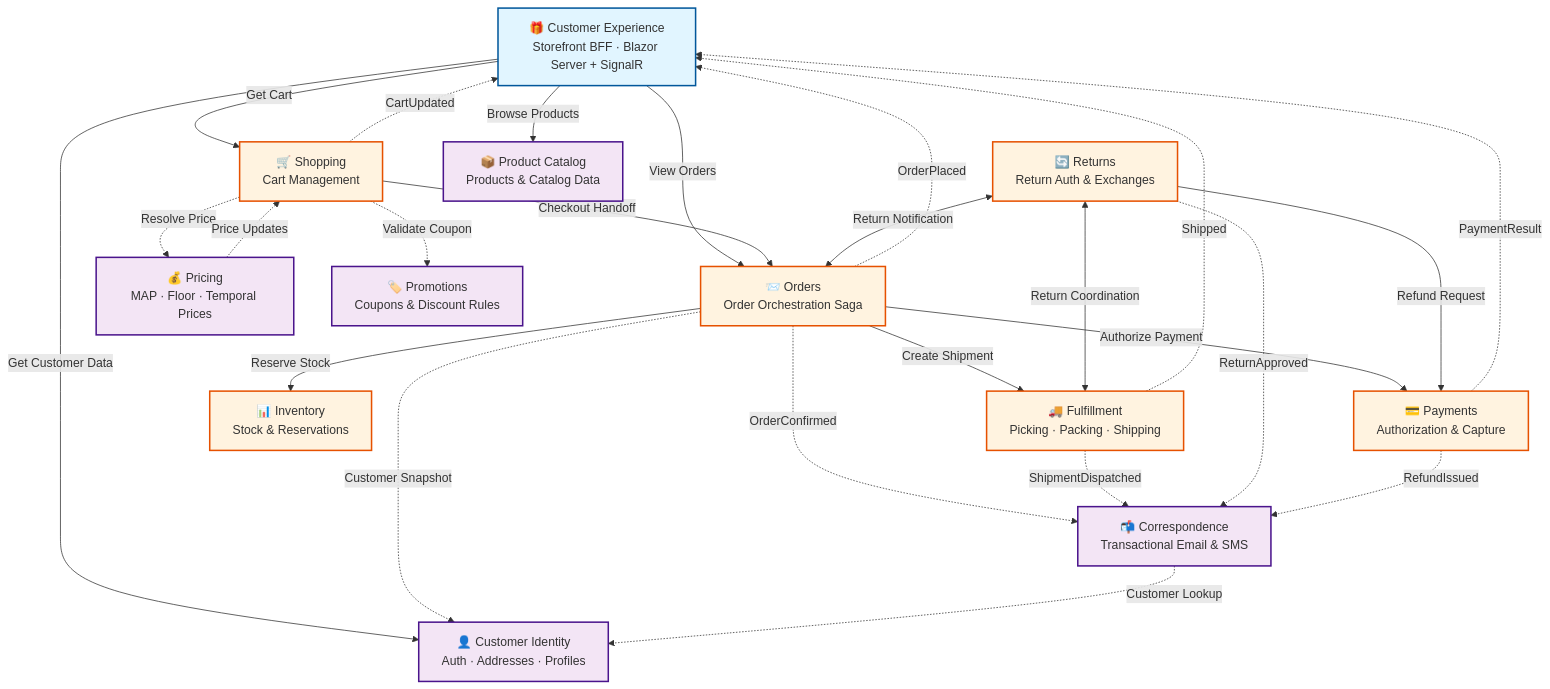
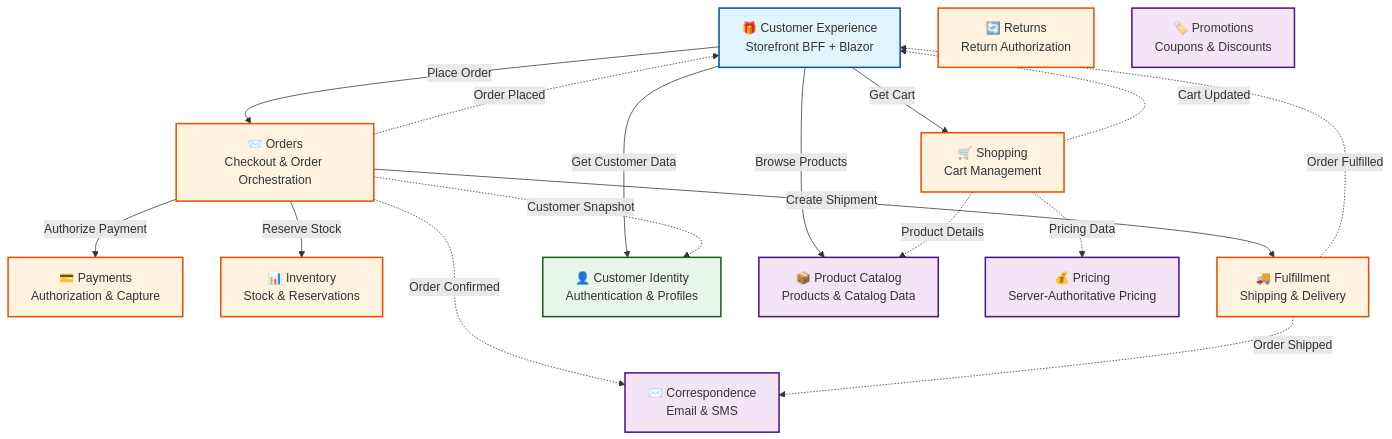
Before and after one commit to erikshafer/CritterSupply: the first of 2 diagrams in README.md, drawn with Mermaid. The commit also changed other lines of this file, not shown here.

````diff
--- a/README.md
+++ b/README.md
@@ -117,47 +120,53 @@
 ```mermaid
 graph TB
-    CE[🎁 Customer Experience<br/>Storefront BFF · Blazor Server + SignalR]
-    Shopping[🛒 Shopping<br/>Cart Management]
-    Orders[📨 Orders<br/>Order Orchestration Saga]
-    Payments[💳 Payments<br/>Authorization & Capture]
-    Inventory[📊 Inventory<br/>Stock & Reservations]
-    Fulfillment[🚚 Fulfillment<br/>Picking · Packing · Shipping]
-    Returns[🔄 Returns<br/>Return Auth & Exchanges]
-    CustomerID[👤 Customer Identity<br/>Auth · Addresses · Profiles]
-    Catalog[📦 Product Catalog<br/>Products & Catalog Data]
-    Pricing[💰 Pricing<br/>MAP · Floor · Temporal Prices]
-    Promotions[🏷️ Promotions<br/>Coupons & Discount Rules]
-    Correspondence[📬 Correspondence<br/>Transactional Email & SMS]
+    %% Customer-Facing Layer
+    CE["🎁 Customer Experience<br/>Storefront BFF + Blazor"]
 
+    %% Core Business Contexts
+    Shopping["🛒 Shopping<br/>Cart Management"]
+    Orders["📨 Orders<br/>Checkout & Order Orchestration"]
+    Payments["💳 Payments<br/>Authorization & Capture"]
+    Inventory["📊 Inventory<br/>Stock & Reservations"]
+    Fulfillment["🚚 Fulfillment<br/>Shipping & Delivery"]
+    Returns["🔄 Returns<br/>Return Authorization"]
+
+    %% Supporting Contexts
+    CustomerID["👤 Customer Identity<br/>Authentication & Profiles"]
+    Catalog["📦 Product Catalog<br/>Products & Catalog Data"]
+    Pricing["💰 Pricing<br/>Server-Authoritative Pricing"]
+    Promotions["🏷️ Promotions<br/>Coupons & Discounts"]
+    Correspondence["✉️ Correspondence<br/>Email & SMS"]
+
+    %% Customer Experience interactions
+    CE -->|Get Cart| Shopping
+    CE -->|Place Order| Orders
     CE -->|Browse Products| Catalog
-    CE -->|Get Cart| Shopping
-    CE -->|View Orders| Orders
     CE -->|Get Customer Data| CustomerID
-    Shopping -->|Checkout Handoff| Orders
+
+    %% Order Orchestration (Saga)
     Orders -->|Authorize Payment| Payments
     Orders -->|Reserve Stock| Inventory
     Orders -->|Create Shipment| Fulfillment
-    Returns -->|Refund Request| Payments
-    Returns <-->|Return Coordination| Fulfillment
-    Returns <-->|Return Notification| Orders
-    Shopping -.->|Validate Coupon| Promotions
-    Shopping -.->|Resolve Price| Pricing
+
+    %% Data enrichment
+    Shopping -.->|Product Details| Catalog
+    Shopping -.->|Pricing Data| Pricing
     Orders -.->|Customer Snapshot| CustomerID
-    Pricing -.->|Price Updates| Shopping
-    Shopping -.->|CartUpdated| CE
-    Orders -.->|OrderPlaced| CE
-    Fulfillment -.->|Shipped| CE
-    Payments -.->|PaymentResult| CE
-    Orders -.->|OrderConfirmed| Correspondence
-    Fulfillment -.->|ShipmentDispatched| Correspondence
-    Returns -.->|ReturnApproved| Correspondence
-    Payments -.->|RefundIssued| Correspondence
-    Correspondence -.->|Customer Lookup| CustomerID
+    Orders -.->|Order Confirmed| Correspondence
+    Fulfillment -.->|Order Shipped| Correspondence
+
+    %% Real-time notifications
+    Shopping -.->|Cart Updated| CE
+    Orders -.->|Order Placed| CE
+    Fulfillment -.->|Order Fulfilled| CE
 
     classDef bff fill:#e1f5ff,stroke:#01579b,stroke-width:2px
     classDef core fill:#fff3e0,stroke:#e65100,stroke-width:2px
     classDef support fill:#f3e5f5,stroke:#4a148c,stroke-width:2px
+    classDef identity fill:#e8f5e9,stroke:#1b5e20,stroke-width:2px
+
     class CE bff
     class Shopping,Orders,Payments,Inventory,Fulfillment,Returns core
-    class CustomerID,Catalog,Pricing,Promotions,Correspondence support
+    class Catalog,Pricing,Promotions,Correspondence support
+    class CustomerID identity
 ```
````
